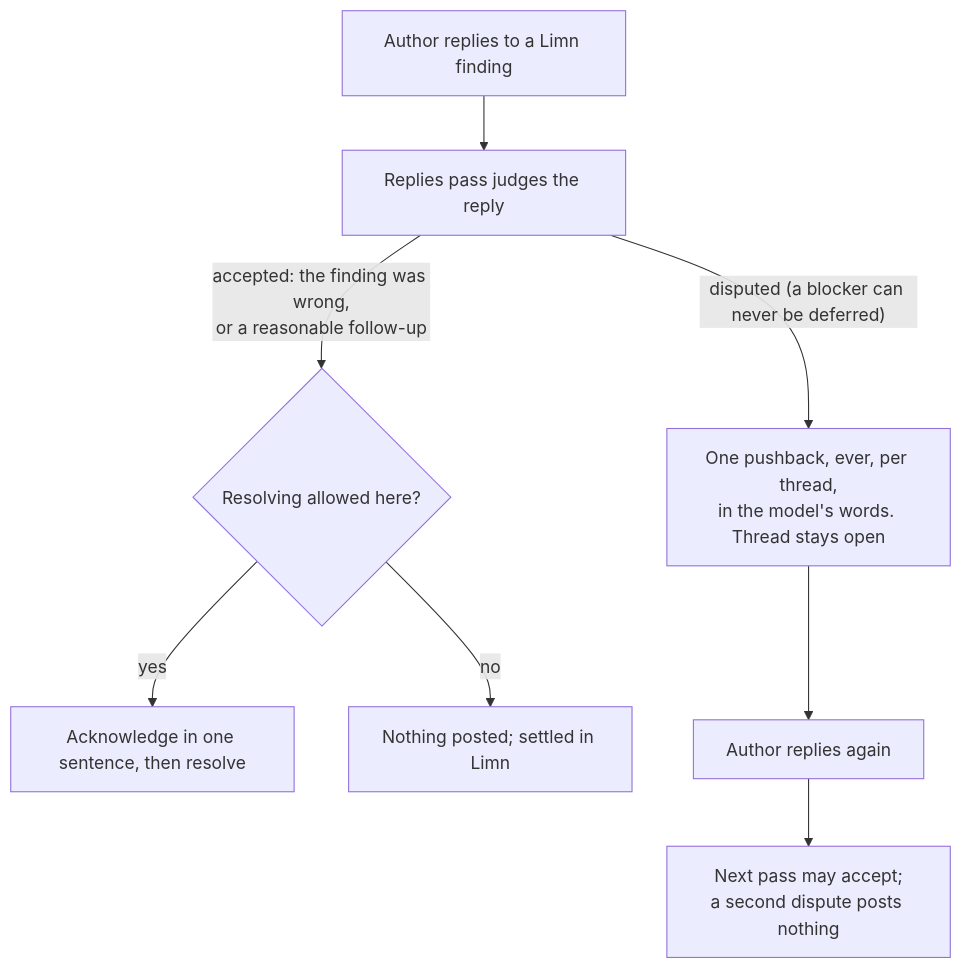
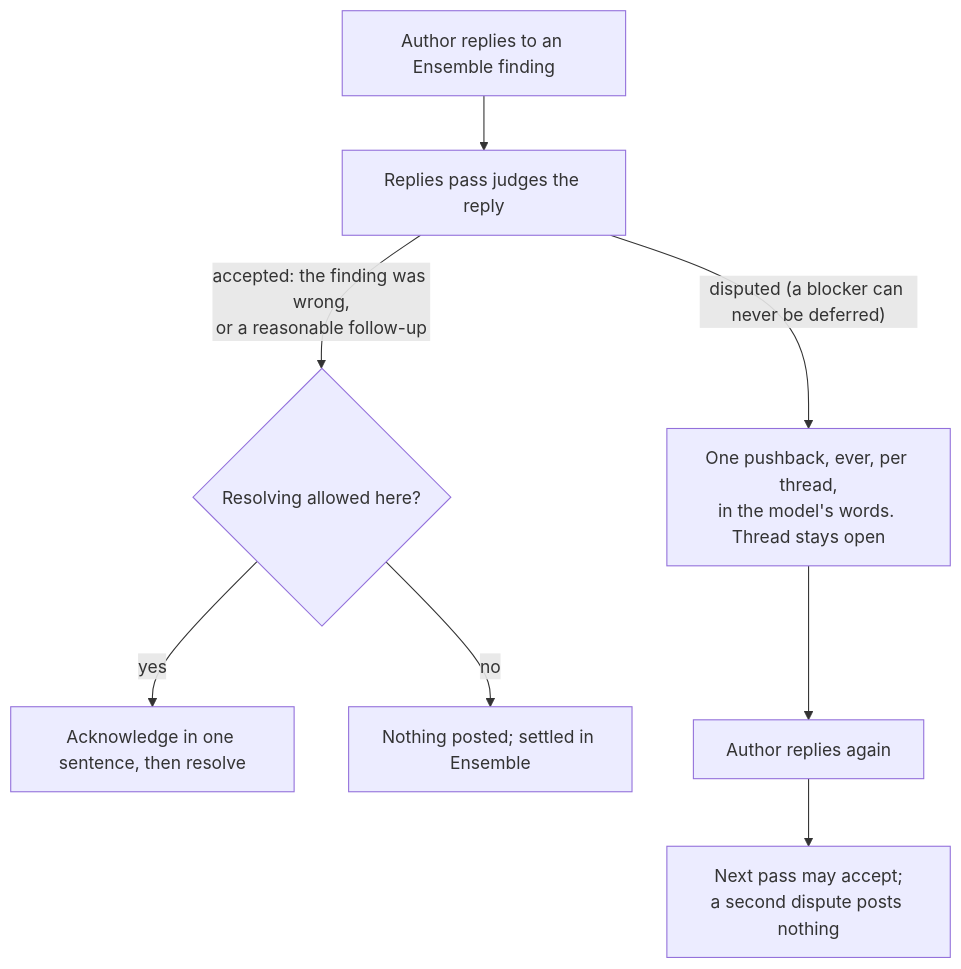
The eighth of 8 diagrams in docs/TEAM-REVIEW.md (alexwakeman/pierre-review), drawn with Mermaid before and after one commit. The commit also changed other lines of this file and 151 other files, not shown here.

````diff
--- a/docs/TEAM-REVIEW.md
+++ b/docs/TEAM-REVIEW.md
@@ -599,9 +641,9 @@
 ```mermaid
 flowchart TD
-  P[Author replies to a Limn finding] --> Q[Replies pass judges the reply]
+  P[Author replies to an Ensemble finding] --> Q[Replies pass judges the reply]
   Q -- "accepted: the finding was wrong,<br/>or a reasonable follow-up" --> RS{Resolving allowed here?}
   RS -- yes --> AC["Acknowledge in one sentence, then resolve"]
-  RS -- no --> NONE["Nothing posted; settled in Limn"]
+  RS -- no --> NONE["Nothing posted; settled in Ensemble"]
   Q -- "disputed (a blocker can never be deferred)" --> PB["One pushback, ever, per thread,<br/>in the model's words. Thread stays open"]
   PB --> P2[Author replies again] --> Q2[Next pass may accept;<br/>a second dispute posts nothing]
 ```
````
